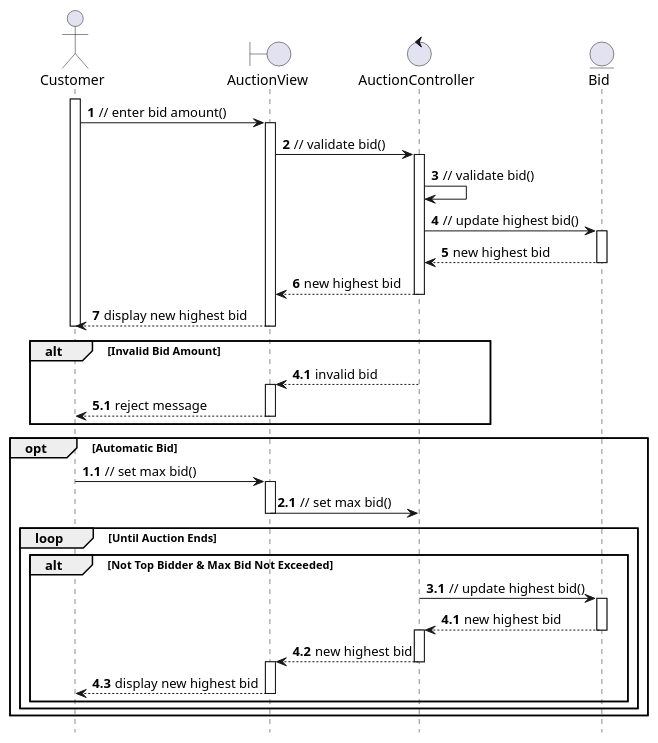
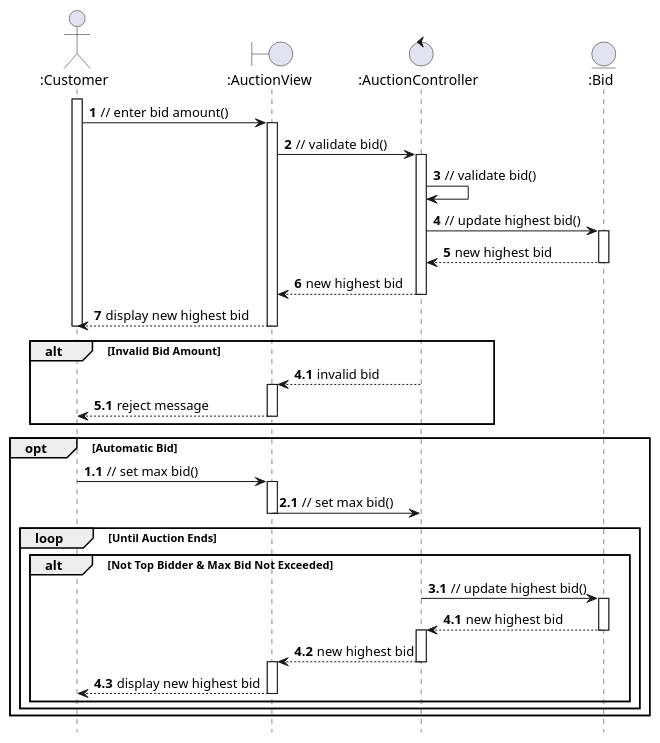
Before and after one commit to anhbanlinhle/velocity-exchange: the diagram in uml/analysis/sequence/place_bid.pu, drawn with PlantUML. The commit also changed 5 other files, not shown here.

```diff
--- a/uml/analysis/sequence/place_bid.pu
+++ b/uml/analysis/sequence/place_bid.pu
@@ -1,62 +1,62 @@
 @startuml
 hide footbox
 
 autonumber
 
-actor Customer
-boundary AuctionView
-control AuctionController
-entity Bid
+actor ":Customer" as Customer
+boundary ":AuctionView" as AuctionView
+control ":AuctionController" as AuctionController
+entity ":Bid" as Bid
 
 activate Customer
   Customer -> AuctionView : // enter bid amount()
   activate AuctionView
     AuctionView -> AuctionController : // validate bid()
     activate AuctionController
       AuctionController -> AuctionController : // validate bid()
       AuctionController -> Bid : // update highest bid()
       activate Bid
         Bid --> AuctionController : new highest bid
       deactivate Bid
       AuctionController --> AuctionView : new highest bid
     deactivate AuctionController
     AuctionView --> Customer : display new highest bid
   deactivate AuctionView
 deactivate Customer
 
 alt Invalid Bid Amount
   autonumber 4.1
   AuctionController --> AuctionView : invalid bid
   autonumber inc A
   activate AuctionView
     AuctionView --> Customer : reject message
   deactivate AuctionView
 end
 
 opt Automatic Bid
   autonumber 1.1
   activate Customer
     Customer -> AuctionView : // set max bid()
     autonumber inc A
     activate AuctionView
       AuctionView -> AuctionController : // set max bid()
       autonumber inc A
     deactivate AuctionView
     loop Until Auction Ends
       alt Not Top Bidder & Max Bid Not Exceeded
         AuctionController -> Bid : // update highest bid()
         autonumber inc A
         activate Bid
           Bid --> AuctionController : new highest bid
         deactivate Bid
         activate AuctionController
           AuctionController --> AuctionView : new highest bid
         deactivate AuctionController
         activate AuctionView
           AuctionView --> Customer : display new highest bid
         deactivate AuctionView
       end
     end
 end
 
 @enduml
```
